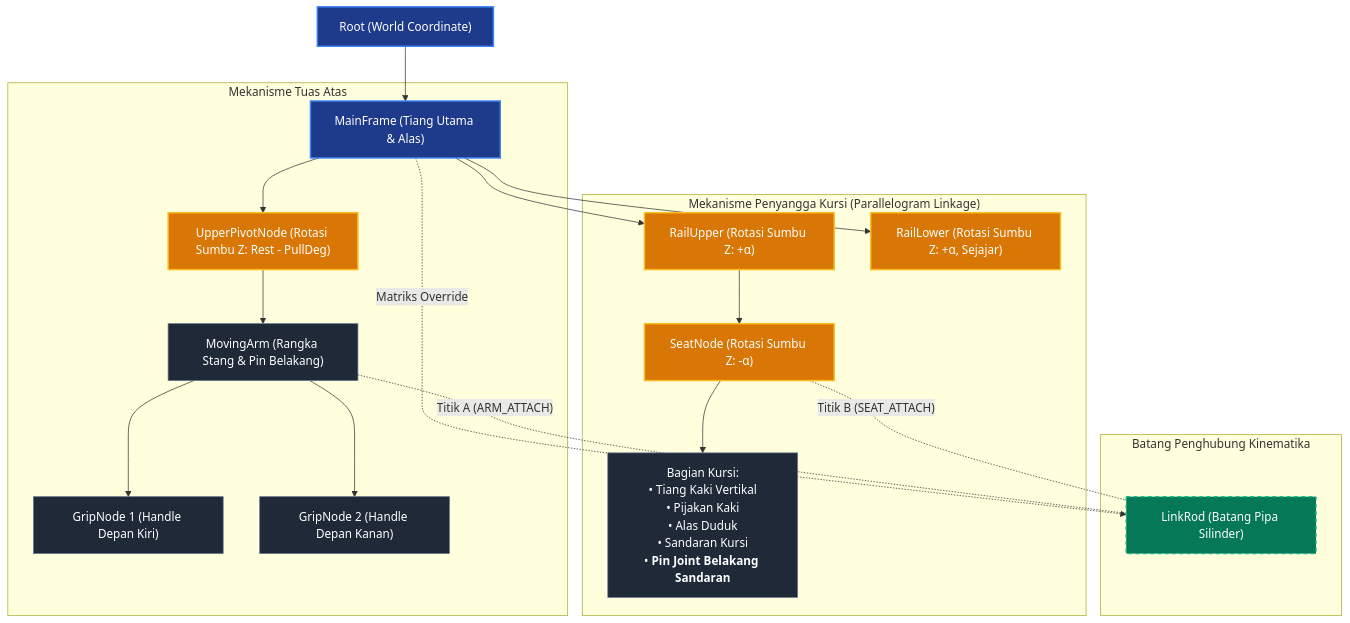
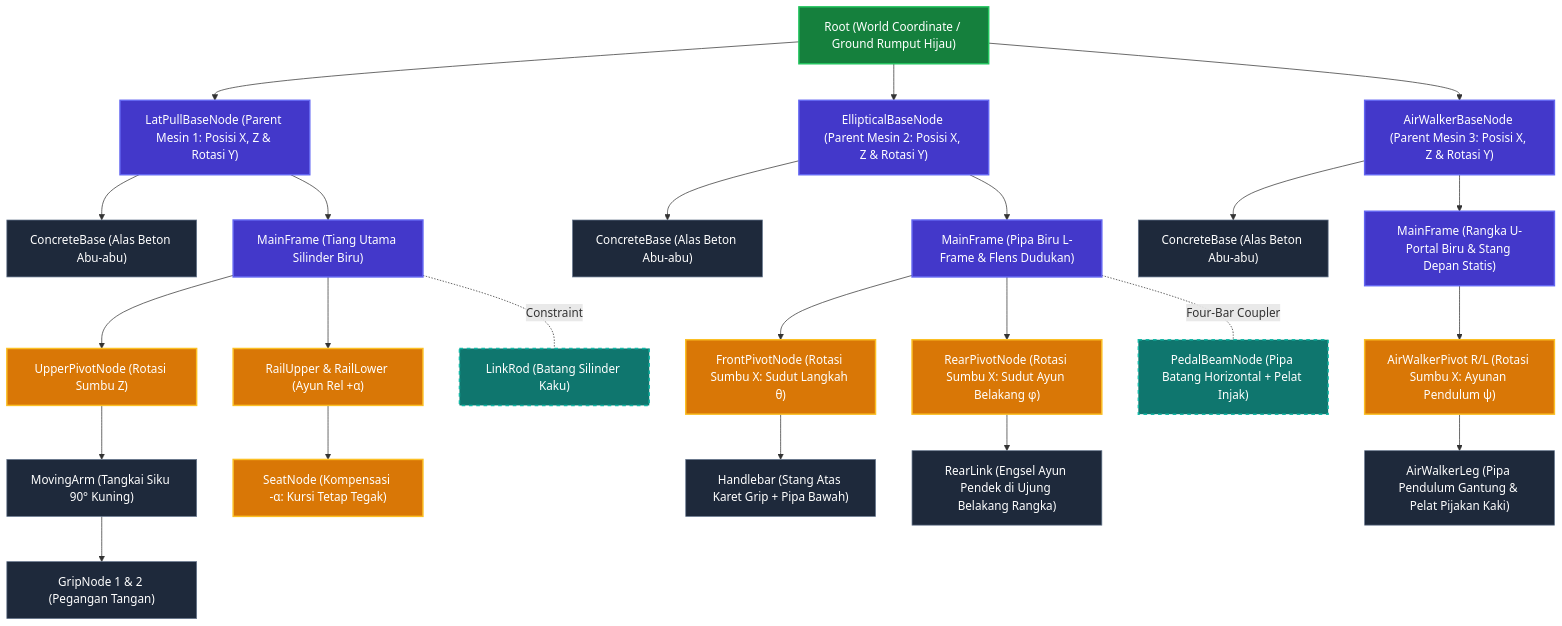
Before and after one commit to Ctrl-Zack/HierarchialModelling: the diagram in HIERARCHY.md, drawn with Mermaid. The commit also changed other lines of this file and 8 other files, not shown here.

Commit message:
feat: add air walker & elliptical machine implementation

````diff
--- a/HIERARCHY.md
+++ b/HIERARCHY.md
@@ -30,36 +26,44 @@
 ```mermaid
 graph TD
-    Root["Root (World Coordinate)"]
-    Root --> MainFrame["MainFrame (Tiang Utama & Alas)"]
+    Root["Root (World Coordinate / Ground Rumput Hijau)"]
 
-    %% Cabang Sisi Kanan / Kiri
-    subgraph UpperMechanism ["Mekanisme Tuas Atas"]
-        MainFrame --> UpperPivotNode["UpperPivotNode (Rotasi Sumbu Z: Rest - PullDeg)"]
-        UpperPivotNode --> MovingArm["MovingArm (Rangka Stang & Pin Belakang)"]
-        MovingArm --> Grip1["GripNode 1 (Handle Depan Kiri)"]
-        MovingArm --> Grip2["GripNode 2 (Handle Depan Kanan)"]
-    end
+    %% Cabang Mesin 1: Lat Pull Down
+    Root --> LPBase["LatPullBaseNode (Parent Mesin 1: Posisi X, Z & Rotasi Y)"]
+    LPBase --> LPConcrete["ConcreteBase (Alas Beton Abu-abu)"]
+    LPBase --> LPMain["MainFrame (Tiang Utama Silinder Biru)"]
+    LPMain --> LPPivot["UpperPivotNode (Rotasi Sumbu Z)"]
+    LPPivot --> LPArm["MovingArm (Tangkai Siku 90° Kuning)"]
+    LPArm --> LPGrip["GripNode 1 & 2 (Pegangan Tangan)"]
+    LPMain --> LPRailU["RailUpper & RailLower (Ayun Rel +α)"]
+    LPRailU --> LPSeat["SeatNode (Kompensasi -α: Kursi Tetap Tegak)"]
+    LPMain -. Constraint .- LPRod["LinkRod (Batang Silinder Kaku)"]
 
-    subgraph LowerMechanism ["Mekanisme Penyangga Kursi (Parallelogram Linkage)"]
-        MainFrame --> RailUpper["RailUpper (Rotasi Sumbu Z: +α)"]
-        MainFrame --> RailLower["RailLower (Rotasi Sumbu Z: +α, Sejajar)"]
-        RailUpper --> SeatNode["SeatNode (Rotasi Sumbu Z: -α)"]
-        SeatNode --> SeatParts["Bagian Kursi:<br>• Tiang Kaki Vertikal<br>• Pijakan Kaki<br>• Alas Duduk<br>• Sandaran Kursi<br>• <b>Pin Joint Belakang Sandaran</b>"]
-    end
+    %% Cabang Mesin 2: Elliptical Trainer
+    Root --> ELBase["EllipticalBaseNode (Parent Mesin 2: Posisi X, Z & Rotasi Y)"]
+    ELBase --> ELConcrete["ConcreteBase (Alas Beton Abu-abu)"]
+    ELBase --> ELMain["MainFrame (Pipa Biru L-Frame & Flens Dudukan)"]
+    ELMain --> ELFront["FrontPivotNode (Rotasi Sumbu X: Sudut Langkah θ)"]
+    ELFront --> ELHandle["Handlebar (Stang Atas Karet Grip + Pipa Bawah)"]
+    ELMain --> ELRear["RearPivotNode (Rotasi Sumbu X: Sudut Ayun Belakang φ)"]
+    ELRear --> ELRearLink["RearLink (Engsel Ayun Pendek di Ujung Belakang Rangka)"]
+    ELMain -. Four-Bar Coupler .- ELPedal["PedalBeamNode (Pipa Batang Horizontal + Pelat Injak)"]
 
-    subgraph Constraint ["Batang Penghubung Kinematika"]
-        MainFrame -. Matriks Override .-> LinkRod["LinkRod (Batang Pipa Silinder)"]
-        MovingArm -. Titik A (ARM_ATTACH) .- LinkRod
-        SeatNode -. Titik B (SEAT_ATTACH) .- LinkRod
-    end
+    %% Cabang Mesin 3: Outdoor Air Walker
+    Root --> AWBase["AirWalkerBaseNode (Parent Mesin 3: Posisi X, Z & Rotasi Y)"]
+    AWBase --> AWConcrete["ConcreteBase (Alas Beton Abu-abu)"]
+    AWBase --> AWMain["MainFrame (Rangka U-Portal Biru & Stang Depan Statis)"]
+    AWMain --> AWPivot["AirWalkerPivot R/L (Rotasi Sumbu X: Ayunan Pendulum ψ)"]
+    AWPivot --> AWLeg["AirWalkerLeg (Pipa Pendulum Gantung & Pelat Pijakan Kaki)"]
 
-    classDef frame fill:#1e3a8a,stroke:#3b82f6,stroke-width:2px,color:#fff;
+    classDef world fill:#15803d,stroke:#22c55e,stroke-width:2px,color:#fff;
+    classDef base fill:#4338ca,stroke:#6366f1,stroke-width:2px,color:#fff;
     classDef joint fill:#d97706,stroke:#fbbf24,stroke-width:2px,color:#fff;
-    classDef part fill:#1f2937,stroke:#64748b,stroke-width:1px,color:#fff;
-    classDef link fill:#047857,stroke:#10b981,stroke-width:2px,stroke-dasharray: 5 5,color:#fff;
+    classDef part fill:#1e293b,stroke:#64748b,stroke-width:1px,color:#fff;
+    classDef link fill:#0f766e,stroke:#14b8a6,stroke-width:2px,stroke-dasharray: 5 5,color:#fff;
 
-    class Root,MainFrame frame;
-    class UpperPivotNode,RailUpper,RailLower,SeatNode joint;
-    class MovingArm,Grip1,Grip2,SeatParts part;
-    class LinkRod link;
+    class Root world;
+    class LPBase,ELBase,AWBase,LPMain,ELMain,AWMain base;
+    class LPPivot,LPRailU,LPSeat,ELFront,ELRear,AWPivot joint;
+    class LPConcrete,ELConcrete,AWConcrete,LPArm,LPGrip,ELHandle,ELRearLink,AWLeg part;
+    class LPRod,ELPedal link;
 ```
````
